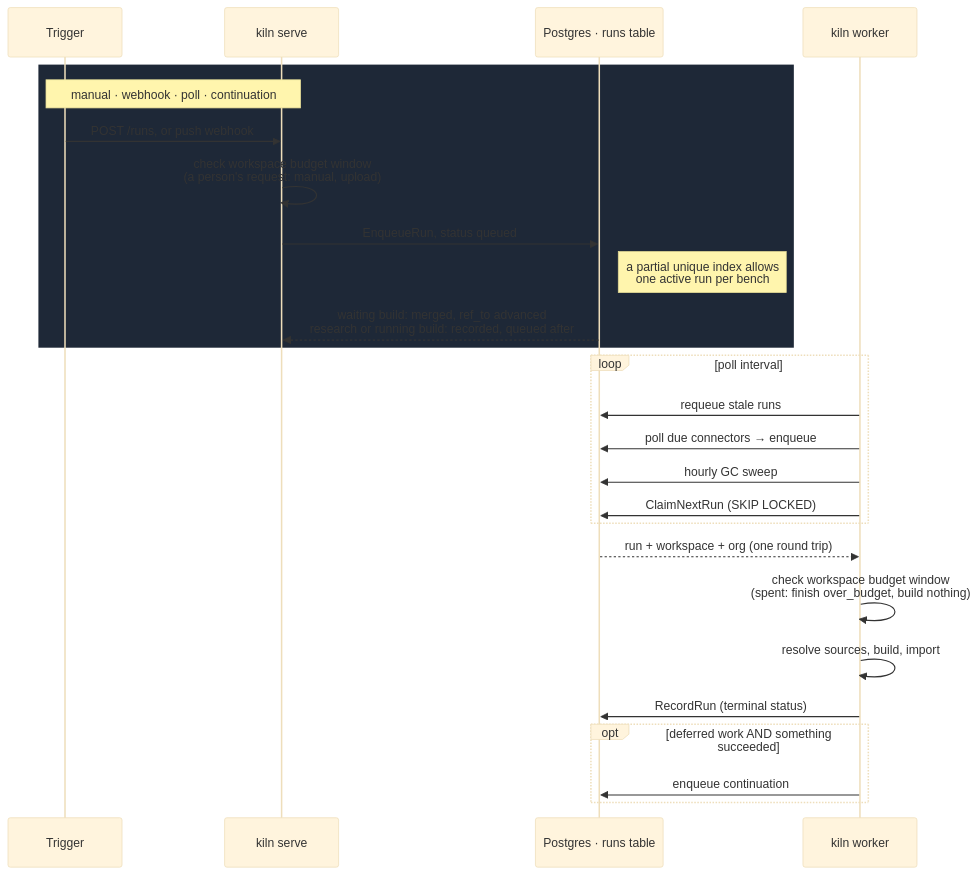
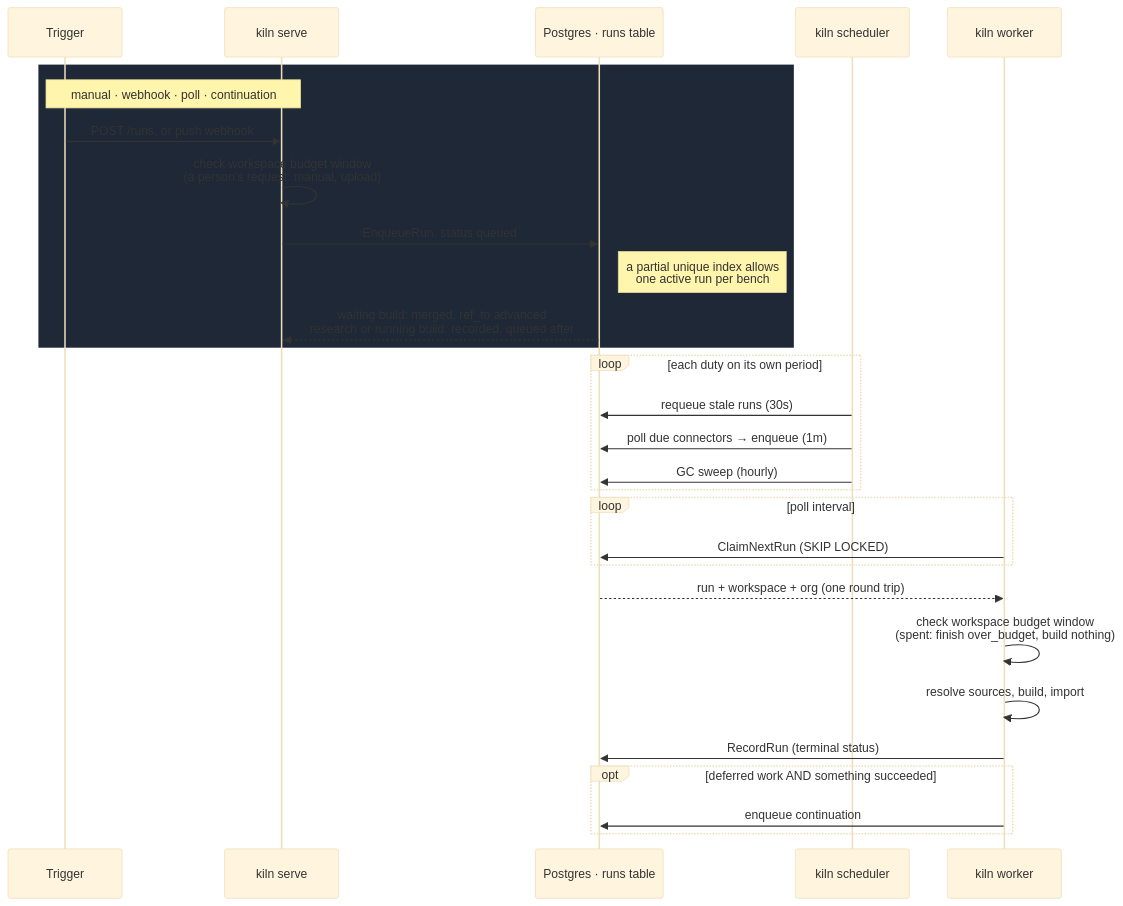
Before and after one commit to daiwa-zou/kiln: the fourth of 17 diagrams in docs/architecture.md, drawn with Mermaid (base theme). The commit also changed other lines of this file and 33 other files, not shown here.

````diff
--- a/docs/architecture.md
+++ b/docs/architecture.md
@@ -236,31 +236,35 @@
 ```mermaid
 sequenceDiagram
     participant T as Trigger
     participant API as kiln serve
     participant DB as Postgres · runs table
+    participant S as kiln scheduler
     participant W as kiln worker
 
     rect rgb(30,40,55)
     note over T,API: manual · webhook · poll · continuation
     T->>API: POST /runs, or push webhook
     API->>API: check workspace budget window<br/>(a person's request: manual, upload)
     API->>DB: EnqueueRun, status queued
     note right of DB: a partial unique index allows<br/>one active run per bench
     DB-->>API: waiting build: merged, ref_to advanced<br/>research or running build: recorded, queued after
     end
 
+    loop each duty on its own period
+        S->>DB: requeue stale runs (30s)
+        S->>DB: poll due connectors → enqueue (1m)
+        S->>DB: GC sweep (hourly)
+    end
+
     loop poll interval
-        W->>DB: requeue stale runs
-        W->>DB: poll due connectors → enqueue
-        W->>DB: hourly GC sweep
         W->>DB: ClaimNextRun (SKIP LOCKED)
     end
 
     DB-->>W: run + workspace + org (one round trip)
     W->>W: check workspace budget window<br/>(spent: finish over_budget, build nothing)
     W->>W: resolve sources, build, import
     W->>DB: RecordRun (terminal status)
     opt deferred work AND something succeeded
         W->>DB: enqueue continuation
     end
 ```
````
